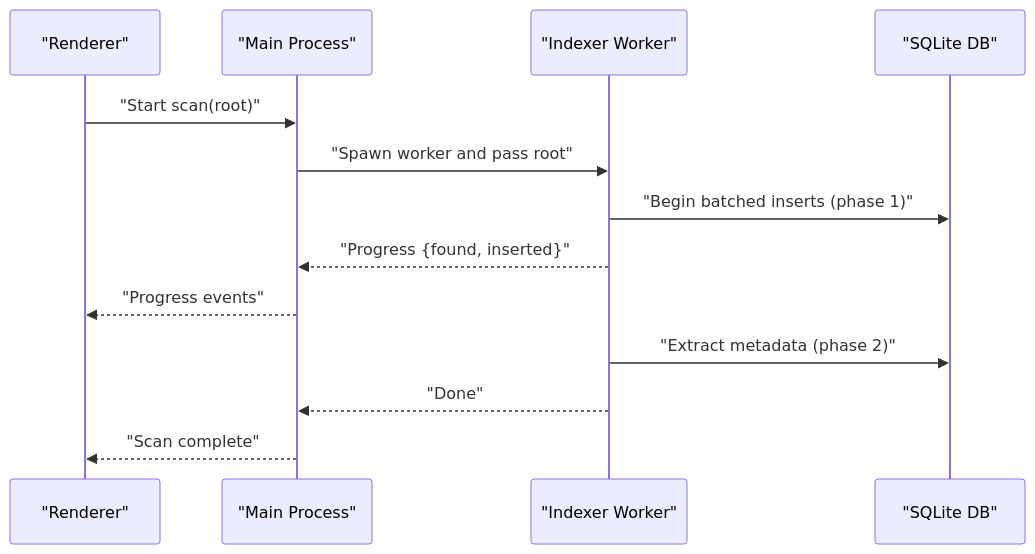
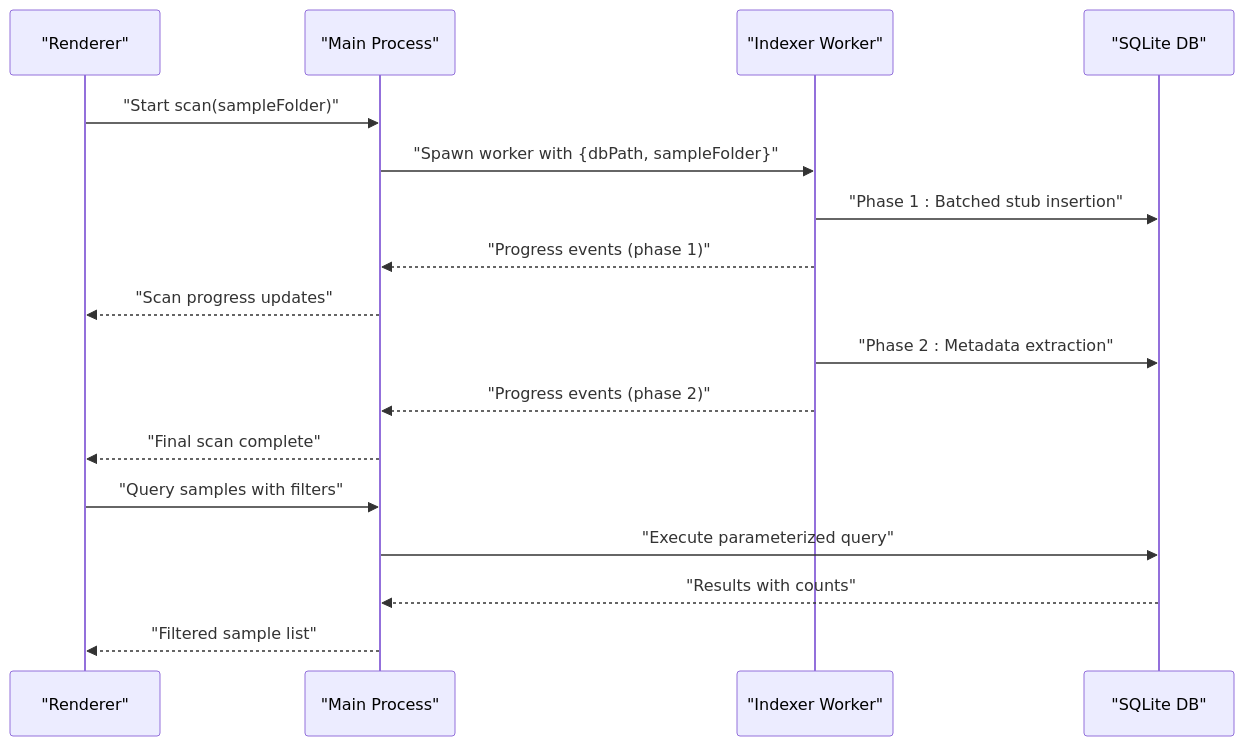
Before and after one commit to satyrlord/mixjam-electron: the second of 4 diagrams in .qoder/repowiki/en/content/Data Management.md, drawn with Mermaid. The commit also changed other lines of this file and 104 other files, not shown here.

First line of the commit message:
fix(config): update markdownlint schema and cleanup ignored paths

````diff
--- a/.qoder/repowiki/en/content/Data Management.md
+++ b/.qoder/repowiki/en/content/Data Management.md
@@ -86,15 +116,19 @@
 ```mermaid
 sequenceDiagram
 participant R as "Renderer"
 participant M as "Main Process"
 participant W as "Indexer Worker"
 participant DB as "SQLite DB"
-R->>M : "Start scan(root)"
-M->>W : "Spawn worker and pass root"
-W->>DB : "Begin batched inserts (phase 1)"
-W-->>M : "Progress {found, inserted}"
-M-->>R : "Progress events"
-W->>DB : "Extract metadata (phase 2)"
-W-->>M : "Done"
-M-->>R : "Scan complete"
+R->>M : "Start scan(sampleFolder)"
+M->>W : "Spawn worker with {dbPath, sampleFolder}"
+W->>DB : "Phase 1 : Batched stub insertion"
+W-->>M : "Progress events (phase 1)"
+M-->>R : "Scan progress updates"
+W->>DB : "Phase 2 : Metadata extraction"
+W-->>M : "Progress events (phase 2)"
+M-->>R : "Final scan complete"
+R->>M : "Query samples with filters"
+M->>DB : "Execute parameterized query"
+DB-->>M : "Results with counts"
+M-->>R : "Filtered sample list"
 ```
````
